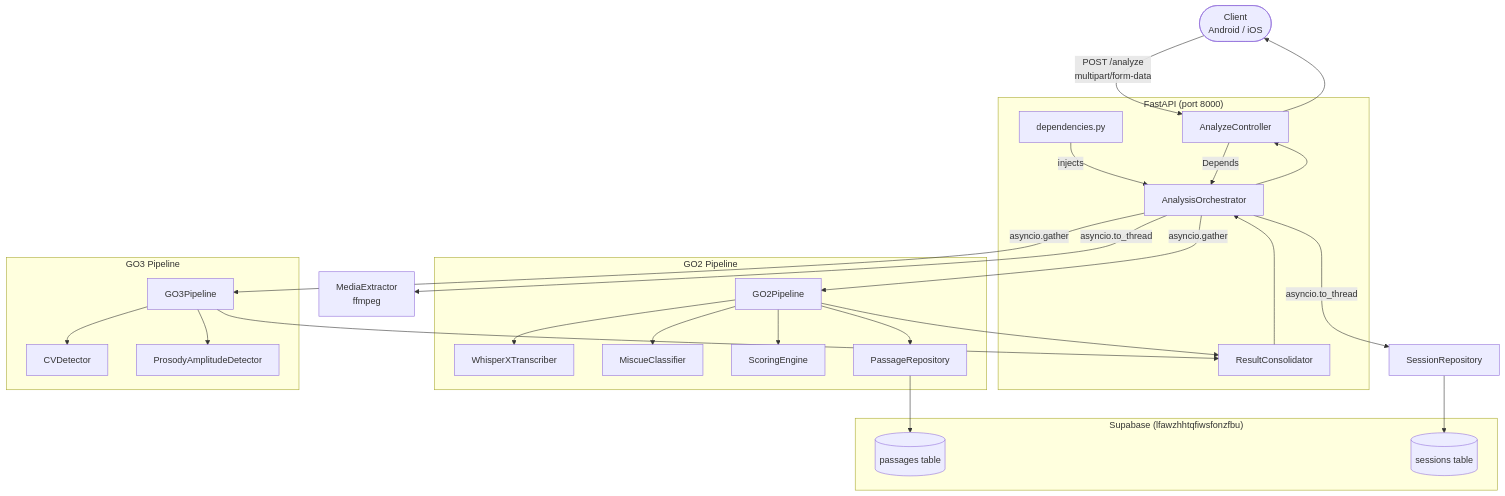
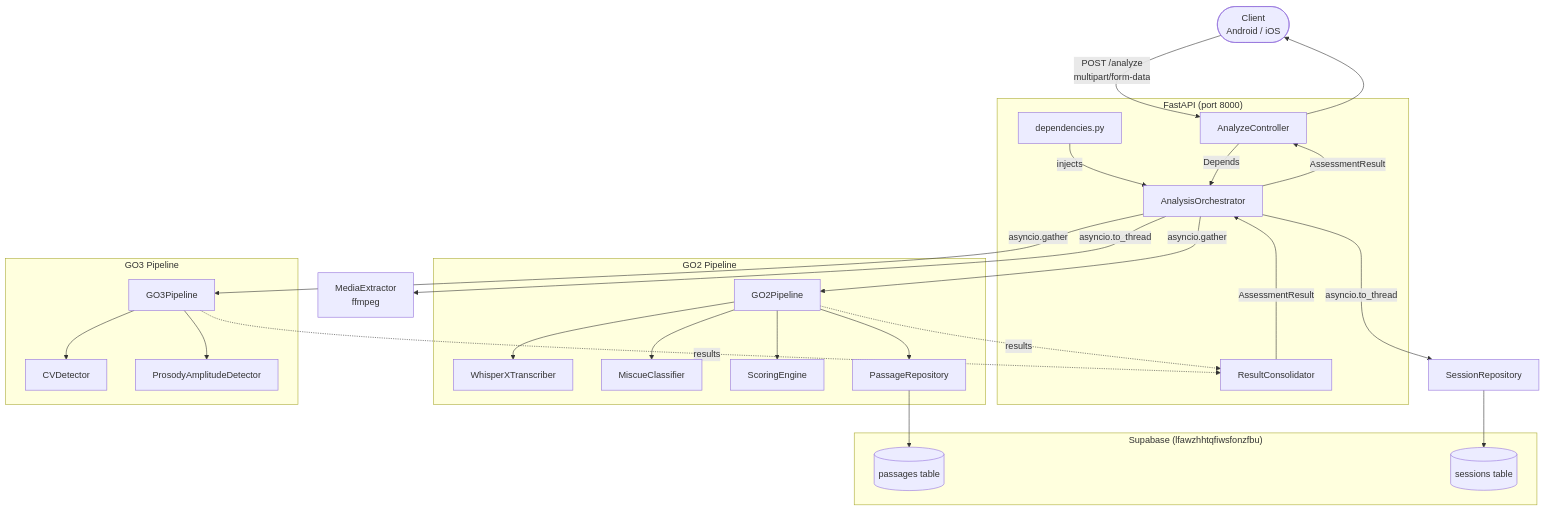
One commit to ChristianNemeno/SE-Module-02 changed the fifth of 5 diagrams in docs/uml/component/system-architecture.md. Above: the diagram before and after it, drawn with Mermaid.

Commit message:
fix: update system architecture diagram to include Orchestrator and result flow

````diff
--- a/docs/uml/component/system-architecture.md
+++ b/docs/uml/component/system-architecture.md
@@ -124,45 +124,50 @@
 ```mermaid
 flowchart TD
     Client([Client\nAndroid / iOS]) -->|POST /analyze\nmultipart/form-data| Controller
 
     subgraph FastAPI["FastAPI (port 8000)"]
         Controller[AnalyzeController]
         Orchestrator[AnalysisOrchestrator]
         Deps[dependencies.py]
         RC[ResultConsolidator]
     end
 
     subgraph GO2["GO2 Pipeline"]
         GO2P[GO2Pipeline]
         T[WhisperXTranscriber]
         C[MiscueClassifier]
         S[ScoringEngine]
         PR[PassageRepository]
     end
 
     subgraph GO3["GO3 Pipeline"]
         GO3P[GO3Pipeline]
         CV[CVDetector]
         PA[ProsodyAmplitudeDetector]
     end
 
     subgraph DB["Supabase (lfawzhhtqfiwsfonzfbu)"]
         PT[(passages table)]
         ST[(sessions table)]
     end
 
     Deps -->|injects| Orchestrator
     Controller -->|Depends| Orchestrator
+    RC -->|AssessmentResult| Orchestrator
+
     Orchestrator -->|asyncio.to_thread| ME[MediaExtractor\nffmpeg]
     Orchestrator -->|asyncio.gather| GO2P
     Orchestrator -->|asyncio.gather| GO3P
+
     GO2P --> T & C & S
     GO2P --> PR --> PT
     GO3P --> CV & PA
-    GO2P & GO3P --> RC
-    RC --> Orchestrator
+
+    GO2P -.->|results| RC
+    GO3P -.->|results| RC
+
     Orchestrator -->|asyncio.to_thread| SR[SessionRepository]
     SR --> ST
-    Orchestrator --> Controller
+    Orchestrator -->|AssessmentResult| Controller
     Controller --> Client
 ```
````
